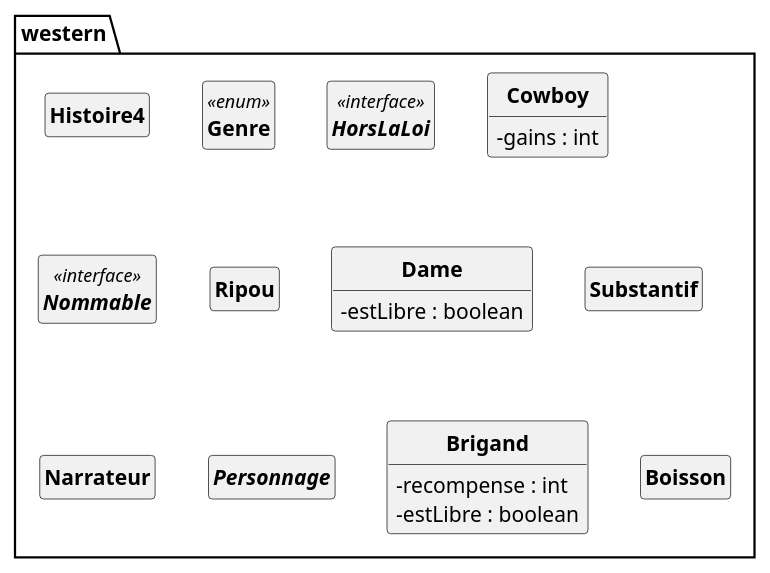
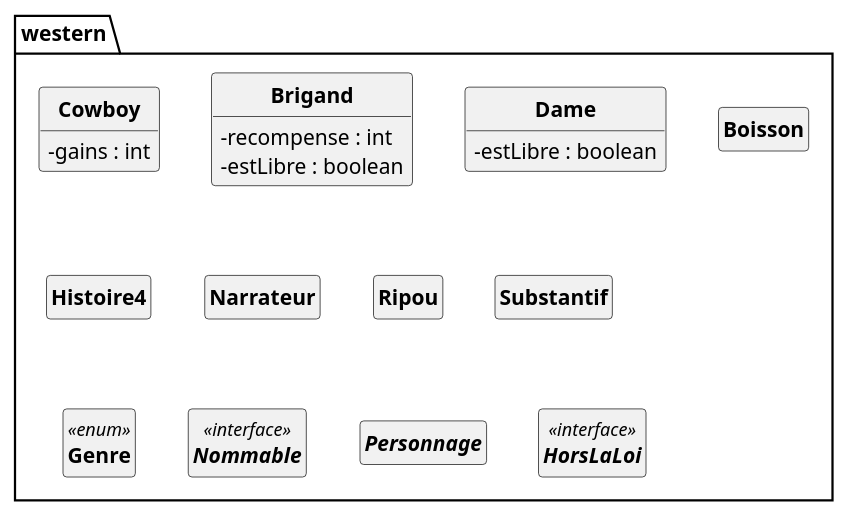
Before and after one commit to yassinkioua/Projet-PumlFromJava: the diagram in uml/westernDCA.puml, drawn with PlantUML. The commit also changed other lines of this file and 8 other files, not shown here.

Commit message:
Ajout de l'option pour avoir le type d'uml

```diff
--- a/uml/westernDCA.puml
+++ b/uml/westernDCA.puml
@@ -1,49 +1,49 @@
 @startuml
 'https://plantuml.com/class-diagram 
  skinparam classAttributeIconSize 0 
 skinparam classFontStyle Bold
 skinparam style strictuml
 hide empty members
 package western{ 
-class Histoire4{ 
-
- } 
-enum Genre <<enum>> { 
-
- } 
-interface HorsLaLoi <<interface>> { 
-
- } 
 class Cowboy{ 
 - gains : int
-
- } 
-interface Nommable <<interface>> { 
-
- } 
-class Ripou{ 
-
- } 
-class Dame{ 
-- estLibre : boolean
-
- } 
-class Substantif{ 
-
- } 
-class Narrateur{ 
-
- } 
-abstract class Personnage{ 
 
  } 
 class Brigand{ 
 - recompense : int
 - estLibre : boolean
 
  } 
+class Dame{ 
+- estLibre : boolean
+
+ } 
 class Boisson{ 
+
+ } 
+class Histoire4{ 
+
+ } 
+class Narrateur{ 
+
+ } 
+class Ripou{ 
+
+ } 
+class Substantif{ 
+
+ } 
+enum Genre <<enum>> { 
+
+ } 
+interface Nommable <<interface>> { 
+
+ } 
+abstract class Personnage{ 
+
+ } 
+interface HorsLaLoi <<interface>> { 
 
  } 
 }
 @enduml
```
